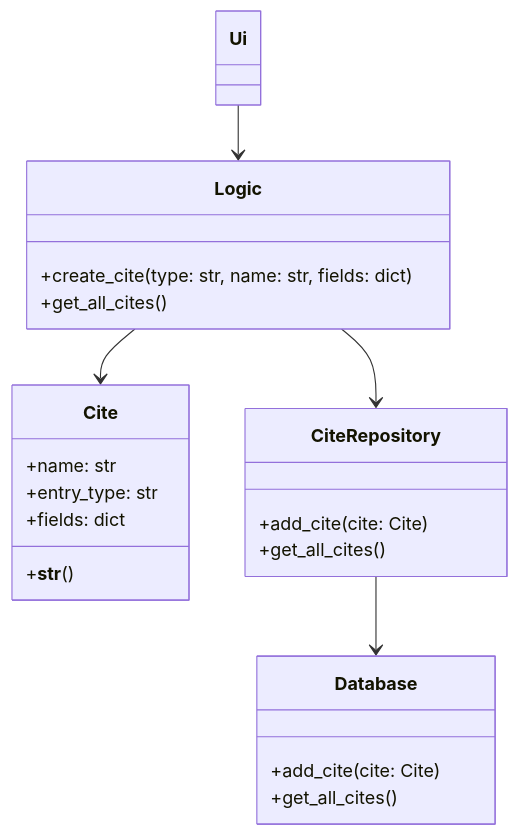
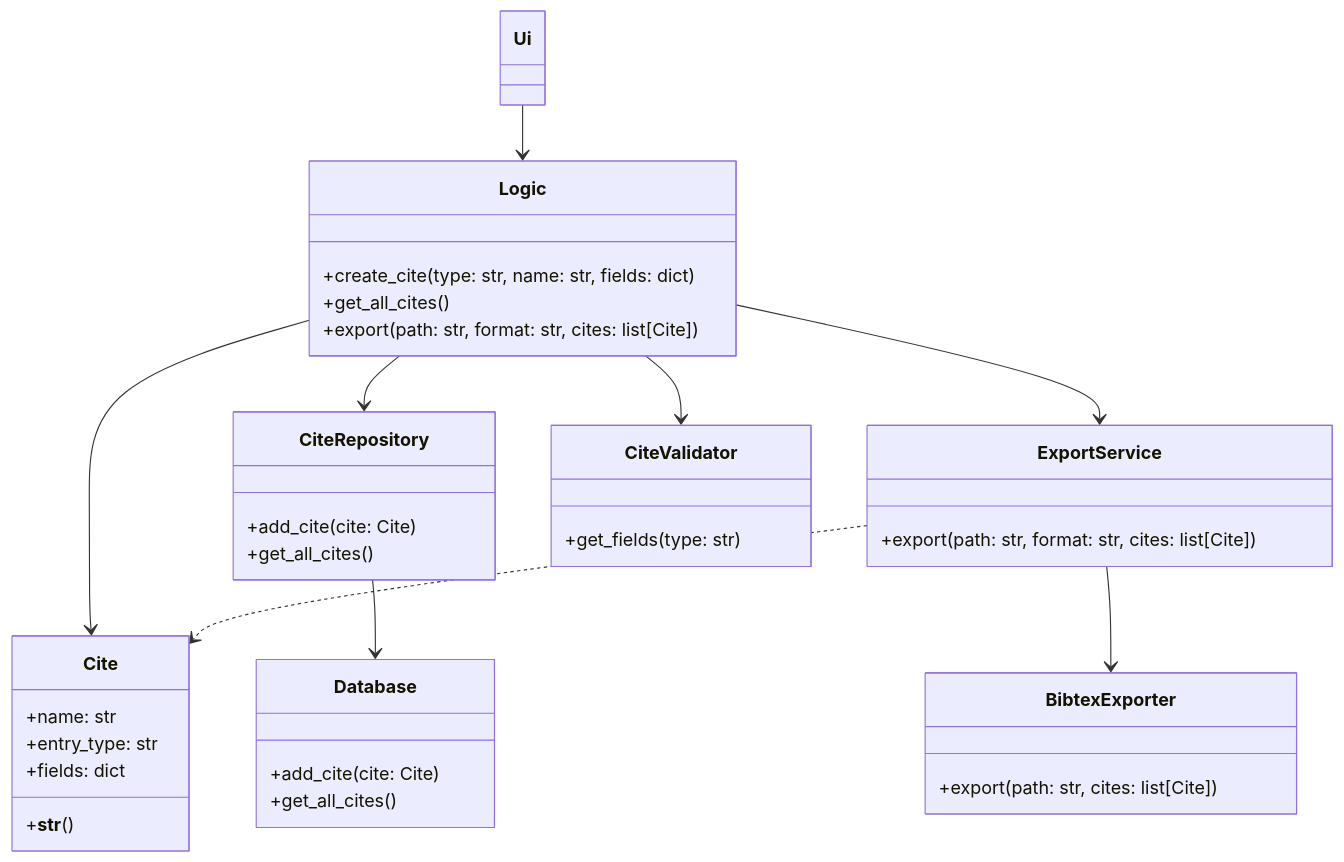
One commit to TheJiahao/ohtu-miniprojekti changed the second of 2 diagrams in docs/arkkitehtuuri.md. Above: the diagram before and after it, drawn with Mermaid.

````diff
--- a/docs/arkkitehtuuri.md
+++ b/docs/arkkitehtuuri.md
@@ -23,29 +23,49 @@
 ```mermaid
 classDiagram
 Ui --> Logic
+
 Logic --> Cite
 Logic --> CiteRepository
+Logic --> ExportService
+Logic --> CiteValidator
+
+ExportService --> BibtexExporter
+ExportService ..> Cite
+
 CiteRepository --> Database
 
 class Logic{
     +create_cite(type: str, name: str, fields: dict)
     +get_all_cites()
+    +export(path: str, format: str, cites: list[Cite])
 }
 
 class Cite {
     +name: str
     +entry_type: str
     +fields: dict
     +__str__()
 }
 
 class CiteRepository {
     +add_cite(cite: Cite)
     +get_all_cites()
 }
 
 class Database {
     +add_cite(cite: Cite)
     +get_all_cites()
 }
+
+class BibtexExporter {
+    +export(path: str, cites: list[Cite])
+}
+
+class ExportService {
+    +export(path: str, format: str, cites: list[Cite])
+}
+
+class CiteValidator {
+    +get_fields(type: str)
+}
 ```
````
